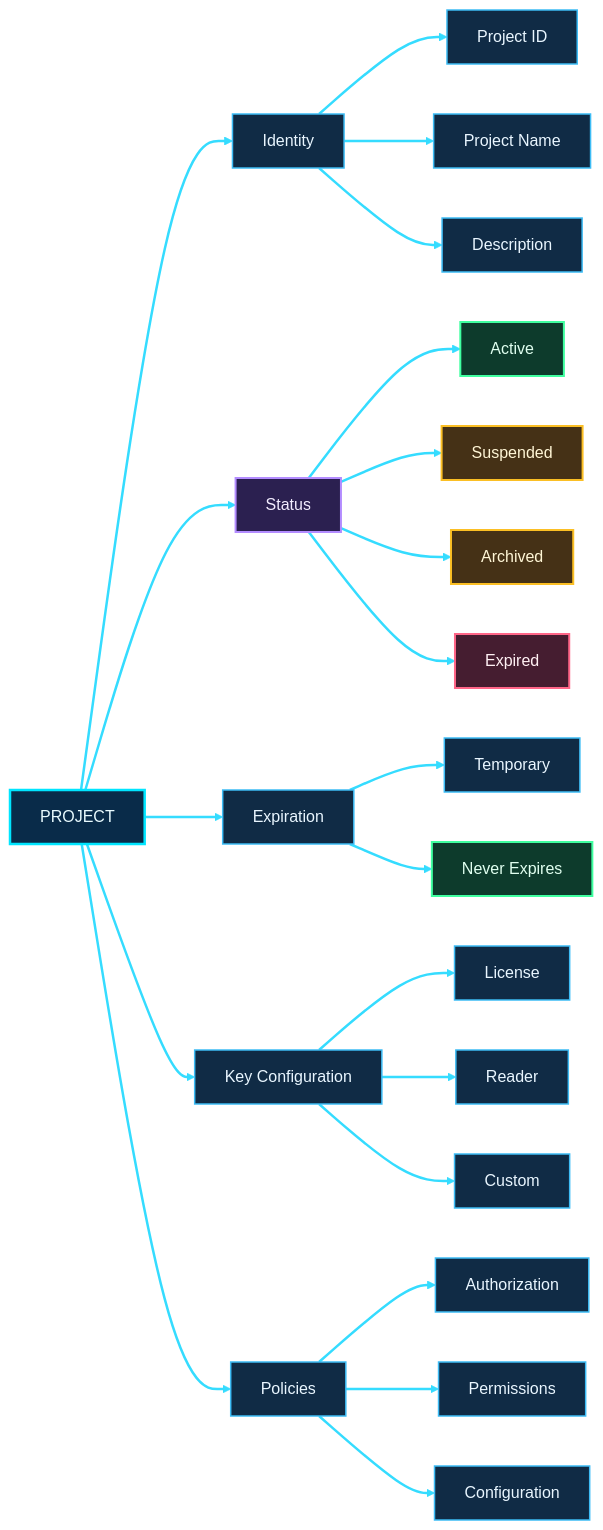
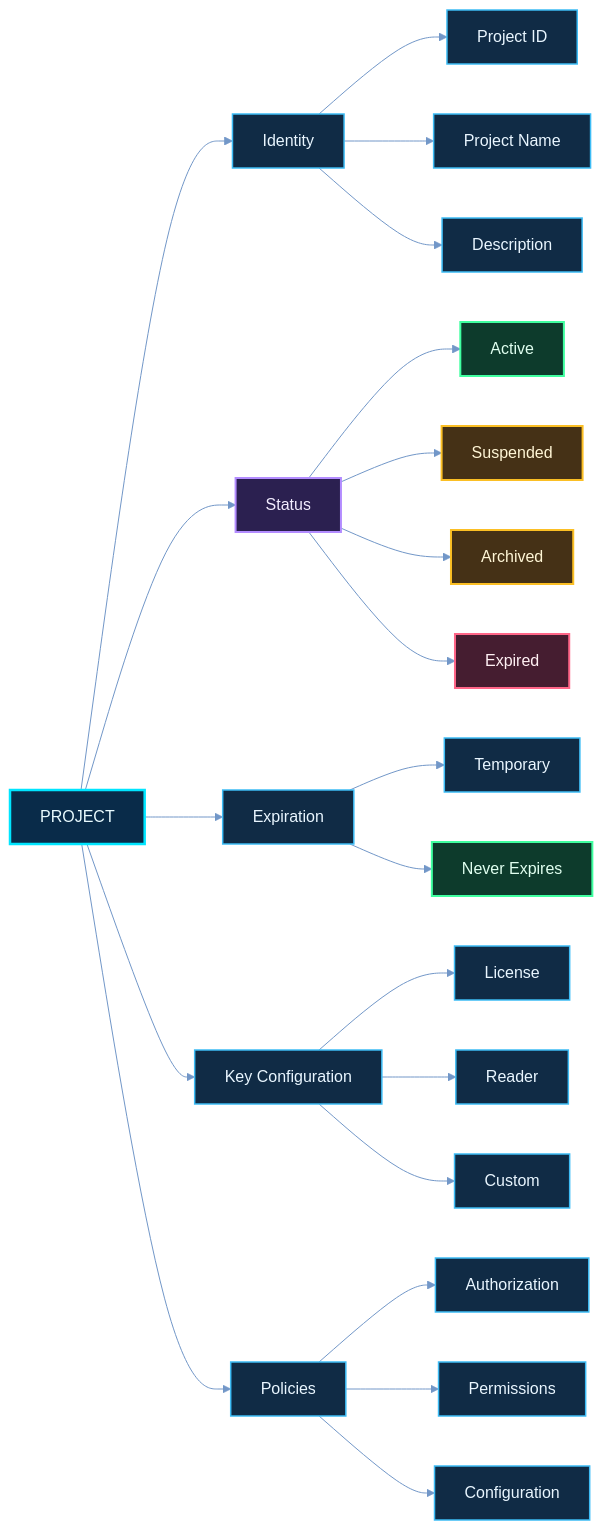
The sixth of 23 diagrams in README.md (shajeduzzamanenan992008inc/NexOra-Database-key-Gen), drawn with Mermaid before and after one commit. The commit also changed other lines of this file, not shown here.

````diff
--- a/README.md
+++ b/README.md
@@ -689,49 +689,49 @@
 ```mermaid
 %%{init: {"theme":"base","themeVariables":{"darkMode":true,"background":"#07111f","primaryColor":"#102744","primaryTextColor":"#e8f7ff","primaryBorderColor":"#00d9ff","lineColor":"#7297c8","secondaryColor":"#261d45","secondaryTextColor":"#f3eaff","secondaryBorderColor":"#a78bfa","tertiaryColor":"#12332b","tertiaryTextColor":"#e0fff1","tertiaryBorderColor":"#41e6a2","fontFamily":"Inter, Segoe UI, sans-serif","edgeLabelBackground":"#101d34","mainBkg":"#102744","nodeBorder":"#00d9ff","clusterBkg":"#0b1930","clusterBorder":"#6f7dff","actorBkg":"#102744","actorBorder":"#00d9ff","actorTextColor":"#e8f7ff","signalColor":"#64d8ff","signalTextColor":"#e8f7ff","noteBkgColor":"#0e332b","noteBorderColor":"#41e6a2","noteTextColor":"#e0fff1"}}}%%
 flowchart LR
     PJ["PROJECT"] --> ID["Identity"]
     PJ --> ST["Status"]
     PJ --> EX["Expiration"]
     PJ --> KC["Key Configuration"]
     PJ --> PO["Policies"]
 
     ID --> ID1["Project ID"]
     ID --> ID2["Project Name"]
     ID --> ID3["Description"]
 
     ST --> ST1["Active"]
     ST --> ST2["Suspended"]
     ST --> ST3["Archived"]
     ST --> ST4["Expired"]
 
     EX --> EX1["Temporary"]
     EX --> EX2["Never Expires"]
 
     KC --> KC1["License"]
     KC --> KC2["Reader"]
     KC --> KC3["Custom"]
 
     PO --> PO1["Authorization"]
     PO --> PO2["Permissions"]
     PO --> PO3["Configuration"]
 
+    %% OMEGA NEX-ORA visual classes
     %% OMEGA NEX-ORA / ULTRA NEON PALETTE
     classDef nxCore fill:#092b49,stroke:#00e5ff,stroke-width:2.5px,color:#e9fbff;
     classDef nxProcess fill:#102b45,stroke:#3dbcf5,stroke-width:1.5px,color:#e9f6ff;
     classDef nxDecision fill:#2b2050,stroke:#b38cff,stroke-width:2px,color:#f3edff;
     classDef nxSuccess fill:#0d3b2c,stroke:#3fffa0,stroke-width:2px,color:#e0fff0;
     classDef nxDanger fill:#451d30,stroke:#ff6688,stroke-width:2px,color:#fff0f3;
     classDef nxData fill:#12352d,stroke:#63e6be,stroke-width:2px,color:#e1fff5;
     classDef nxExternal fill:#2b2149,stroke:#c4a5ff,stroke-width:2px,color:#f3ecff;
     classDef nxInfo fill:#17253e,stroke:#91a7c9,stroke-width:1.5px,color:#e5efff;
     classDef nxWarning fill:#453116,stroke:#fbbf24,stroke-width:2px,color:#fff6d6;
+    %% Moving dashed route: Mermaid applies this class to explicitly identified edges.
     class PJ nxCore;
     class ID,EX,KC,PO,ID1,ID2,ID3,EX1,KC1,KC2,KC3,PO1,PO2,PO3 nxProcess;
     class ST nxDecision;
     class ST1,EX2 nxSuccess;
     class ST2,ST3 nxWarning;
     class ST4 nxDanger;
-
-    %% Animated primary paths using Mermaid linkStyle (no edge-ID parser required)
-    linkStyle default stroke:#35dcff,stroke-width:2.5px,stroke-dasharray:8\,6,stroke-dashoffset:1000,animation:dash 24s linear infinite;
+    class nx06e01,nx06e02,nx06e03,nx06e04,nx06e05,nx06e06,nx06e07,nx06e08 nxAnimated;
 ```
````
